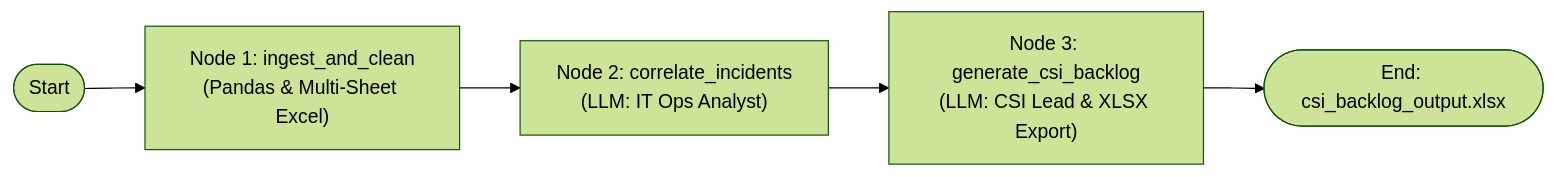
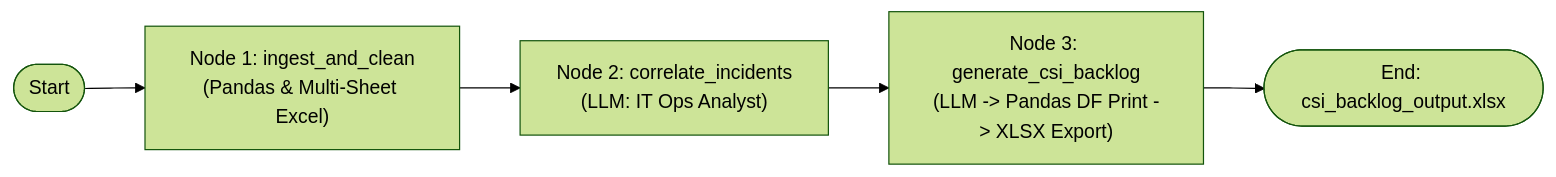
Before and after one commit to TheKillwish/quick-poc: the diagram in README.md, drawn with Mermaid (forest theme). The commit also changed other lines of this file and 2 other files, not shown here.

````diff
--- a/README.md
+++ b/README.md
@@ -58,7 +63,7 @@
 ```mermaid
 flowchart LR
     Start([Start]) --> N1["Node 1: ingest_and_clean<br/>(Pandas & Multi-Sheet Excel)"]
     N1 --> N2["Node 2: correlate_incidents<br/>(LLM: IT Ops Analyst)"]
-    N2 --> N3["Node 3: generate_csi_backlog<br/>(LLM: CSI Lead & XLSX Export)"]
+    N2 --> N3["Node 3: generate_csi_backlog<br/>(LLM -> Pandas DF Print -> XLSX Export)"]
     N3 --> EndNode([End: csi_backlog_output.xlsx])
 ```
````
